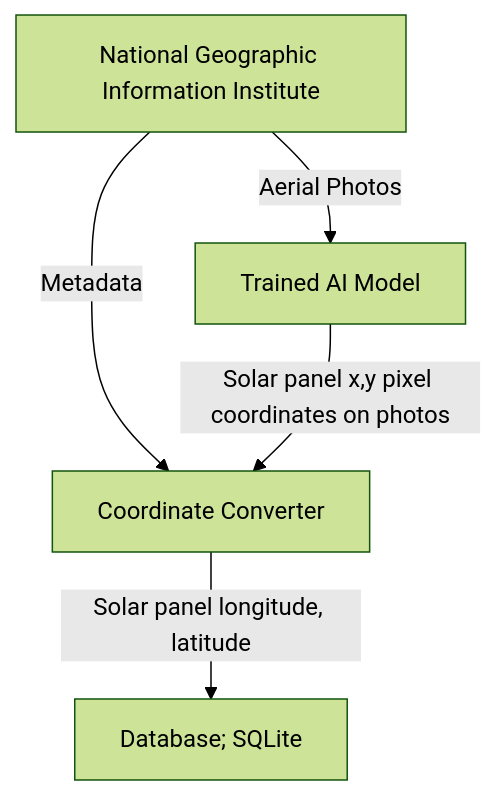
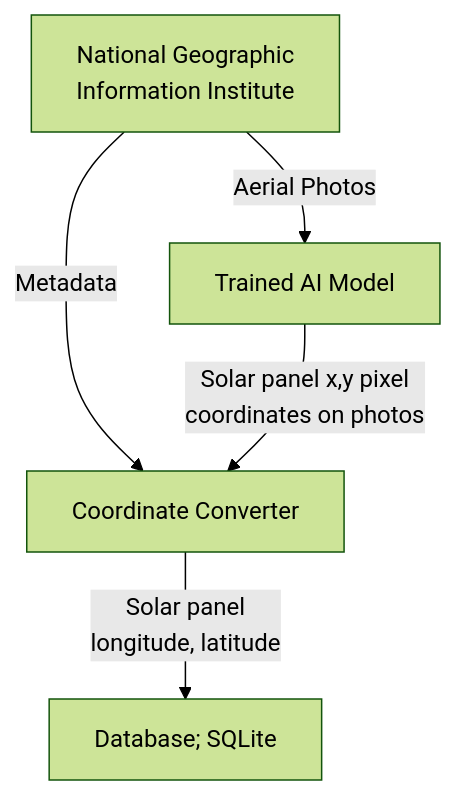
The second of 4 diagrams in _posts/2025-04-07-retrospective-kakao-impact.md (skykhs3/skykhs3.github.io), drawn with Mermaid (forest theme) before and after one commit. The commit also changed other lines of this file and 2 other files, not shown here.

Commit message:
docs: 가독성 향상

````diff
--- a/_posts/2025-04-07-retrospective-kakao-impact.md
+++ b/_posts/2025-04-07-retrospective-kakao-impact.md
@@ -48,7 +48,7 @@
 ```mermaid
 flowchart TD
-    A[National Geographic Information Institute] -->|Aerial Photos| B[Trained AI Model]
-    A[National Geographic Information Institute] -->|Metadata| C[Coordinate Converter]
-    B[Trained AI Model] -->|Solar panel x,y pixel coordinates on photos| C[Coordinate Converter]
-    C[Coordinate Converter] -->|Solar panel longitude, latitude| E[Database; SQLite]
+    A[National Geographic<br/>Information Institute] -->|Aerial Photos| B[Trained AI Model]
+    A[National Geographic<br/>Information Institute] -->|Metadata| C[Coordinate Converter]
+    B[Trained AI Model] -->|Solar panel x,y pixel<br/>coordinates on photos| C[Coordinate Converter]
+    C[Coordinate Converter] -->|Solar panel<br/>longitude, latitude| E[Database; SQLite]
 ```
````
